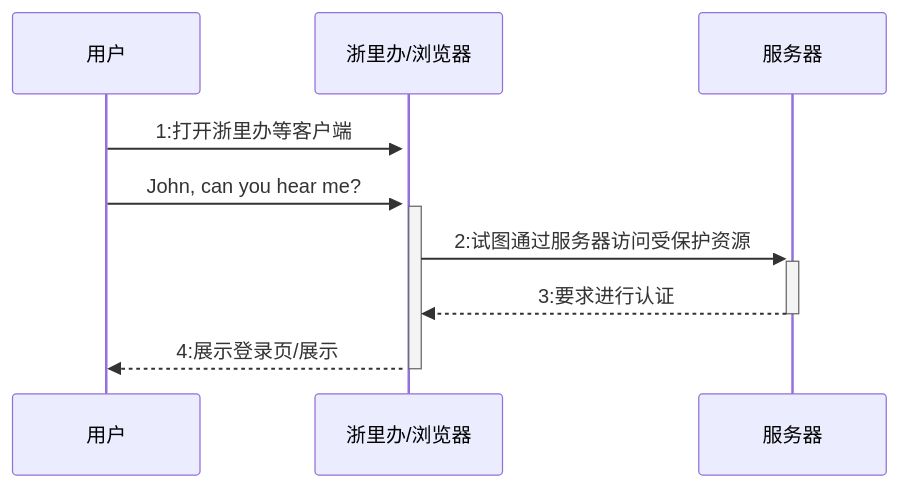
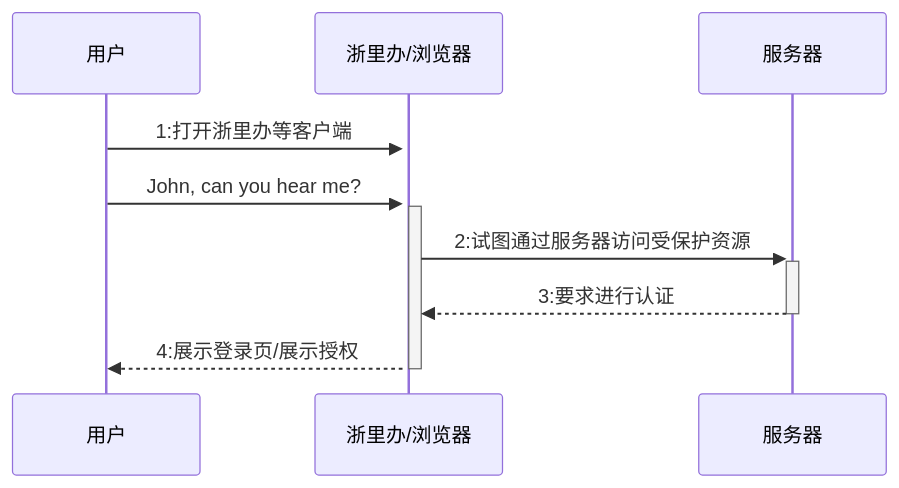
Before and after one commit to fifuntop/iodraw-files: the diagram in all/居民端时序图.md, drawn with Mermaid.

Commit message:
2024-03-14 14:54:19 update

````diff
--- a/all/居民端时序图.md
+++ b/all/居民端时序图.md
@@ -1,9 +1,9 @@
 ```mermaid
 sequenceDiagram
     用户->>+浙里办/浏览器: 1:打开浙里办等客户端
     用户->>+浙里办/浏览器: John, can you hear me?
     浙里办/浏览器->>+服务器: 2:试图通过服务器访问受保护资源
     服务器-->>-浙里办/浏览器: 3:要求进行认证
-    浙里办/浏览器-->>-用户: 4:展示登录页/展示
+    浙里办/浏览器-->>-用户: 4:展示登录页/展示授权
             
 ```
````
